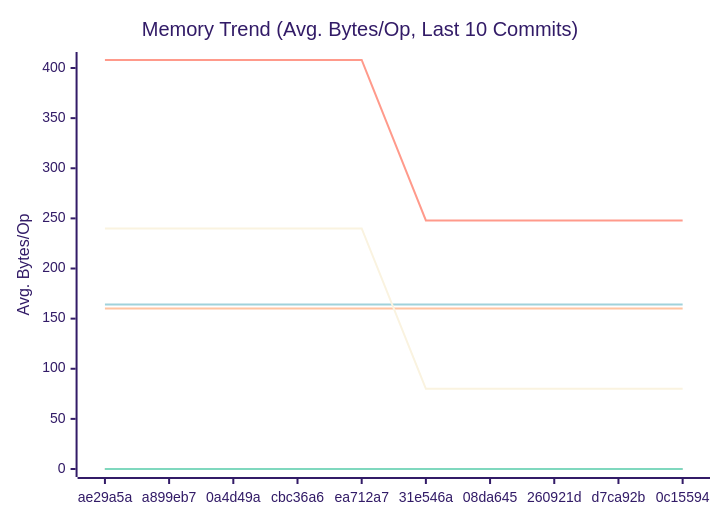
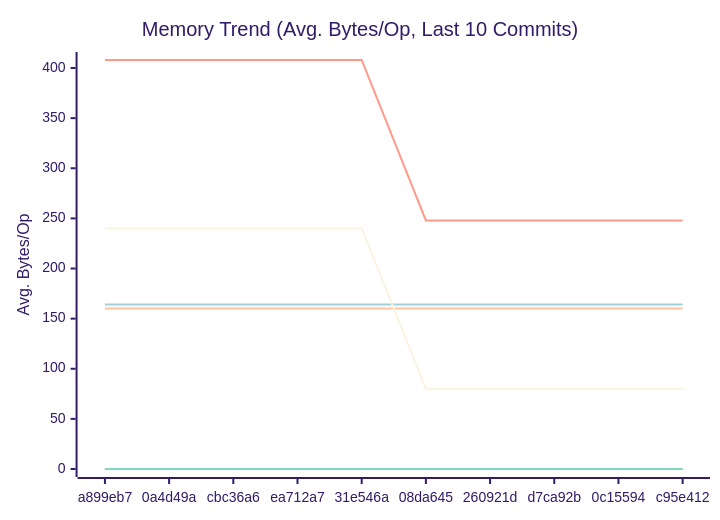
Before and after one commit to alsotoes/momo: the second of 3 diagrams in docs/PERFORMANCE.md, drawn with Mermaid (forest theme). The commit also changed other lines of this file and 2 other files, not shown here.

````diff
--- a/docs/PERFORMANCE.md
+++ b/docs/PERFORMANCE.md
@@ -97,16 +97,16 @@
 ```mermaid
 xychart-beta
     title "Memory Trend (Avg. Bytes/Op, Last 10 Commits)"
     x-axis "Commit"
     y-axis "Avg. Bytes/Op"
-    x-axis [ae29a5a,a899eb7,0a4d49a,cbc36a6,ea712a7,31e546a,08da645,260921d,d7ca92b,0c15594]
+    x-axis [a899eb7,0a4d49a,cbc36a6,ea712a7,31e546a,08da645,260921d,d7ca92b,0c15594,c95e412]
     line "CheckMetricsAndSwap" [0,0,0,0,0,0,0,0,0,0]
     line "CrushOptimized" [0,0,0,0,0,0,0,0,0,0]
     line "CrushOriginal" [164,164,164,164,164,164,164,164,164,164]
     line "IndexDirectTracking" [0,0,0,0,0,0,0,0,0,0]
     line "IndexSearch" [0,0,0,0,0,0,0,0,0,0]
     line "LoadGlobalConfig" [160,160,160,160,160,160,160,160,160,160]
     line "PadString" [0,0,0,0,0,0,0,0,0,0]
     line "ParseReplicationOrder_NoPrealloc" [408,408,408,408,408,248,248,248,248,248]
     line "ParseReplicationOrder_Prealloc" [240,240,240,240,240,80,80,80,80,80]
 ```
````
